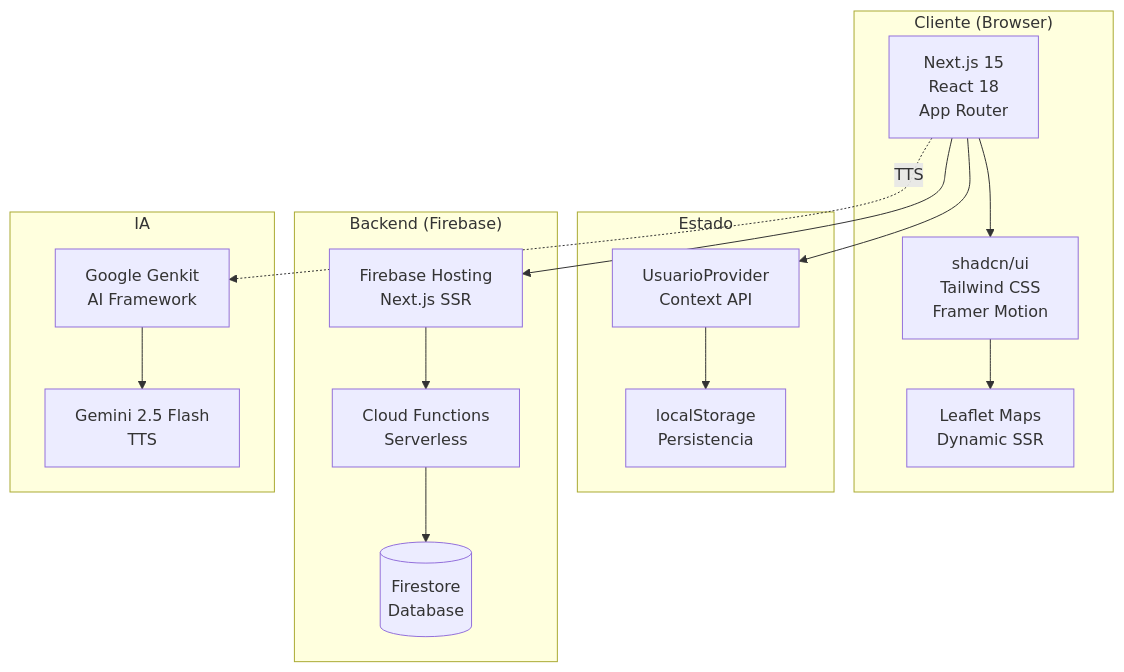
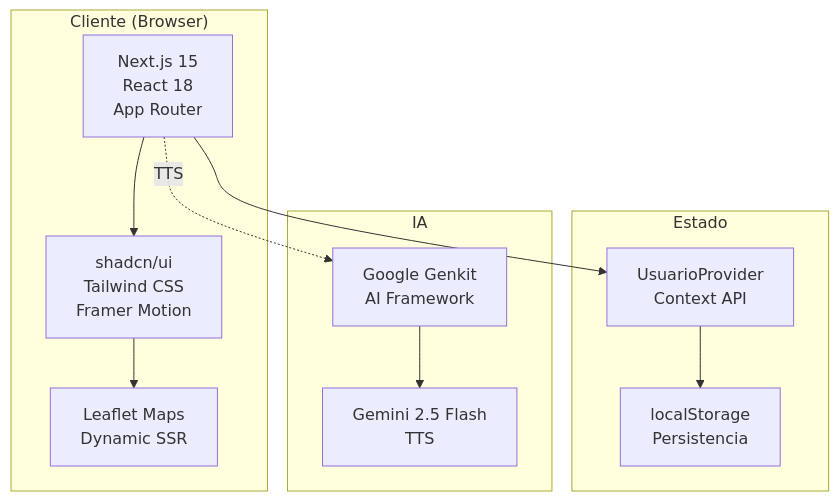
Before and after one commit to oscgre21/suv: the diagram in docs/README.md, drawn with Mermaid. The commit also changed other lines of this file and 44 other files, not shown here.

````diff
--- a/docs/README.md
+++ b/docs/README.md
@@ -233,34 +224,25 @@
 ```mermaid
 graph TB
     subgraph "Cliente (Browser)"
         UI[Next.js 15<br/>React 18<br/>App Router]
         Comp[shadcn/ui<br/>Tailwind CSS<br/>Framer Motion]
         Maps[Leaflet Maps<br/>Dynamic SSR]
     end
 
     subgraph "Estado"
         Context[UsuarioProvider<br/>Context API]
         Storage[localStorage<br/>Persistencia]
     end
 
-    subgraph "Backend (Firebase)"
-        Hosting[Firebase Hosting<br/>Next.js SSR]
-        Functions[Cloud Functions<br/>Serverless]
-        DB[(Firestore<br/>Database)]
-    end
-
     subgraph "IA"
         Genkit[Google Genkit<br/>AI Framework]
         Gemini[Gemini 2.5 Flash<br/>TTS]
     end
 
     UI --> Comp
     Comp --> Maps
     UI --> Context
     Context --> Storage
-    UI --> Hosting
-    Hosting --> Functions
-    Functions --> DB
     UI -.TTS.-> Genkit
     Genkit --> Gemini
 ```
````
